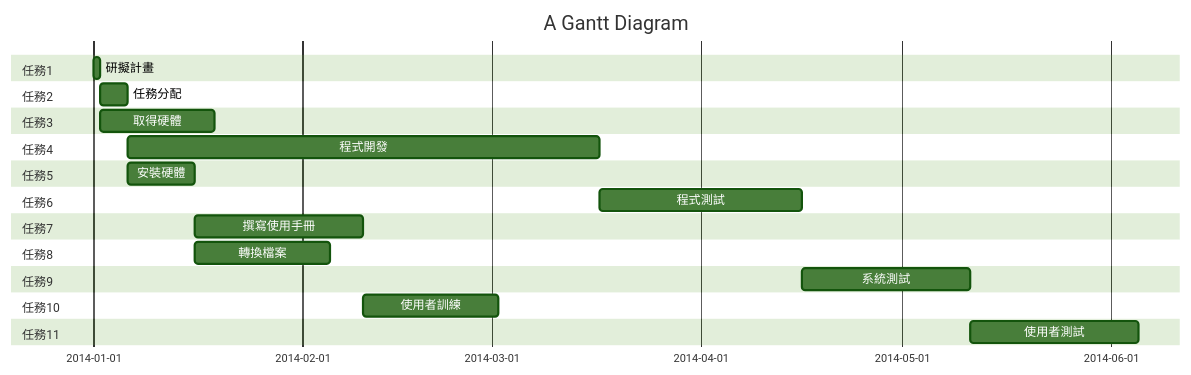
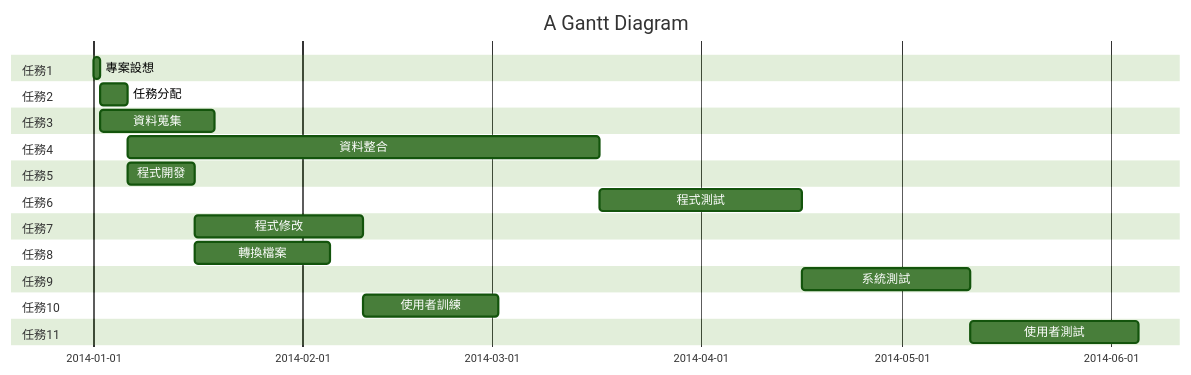
The diagram in hw2.md (yikun0117/23b1), drawn with Mermaid (forest theme) before and after one commit. The commit also changed other lines of this file, not shown here.

````diff
--- a/hw2.md
+++ b/hw2.md
@@ -2,27 +10,27 @@
 ```mermaid
 gantt
     title A Gantt Diagram
 
     section 任務1
-    研擬計畫       : a1 , 2014-01-01 , 1d
+    專案設想       : a1 , 2014-01-01 , 1d
     section 任務2
     任務分配       : a2 , after a1 , 4d
     section 任務3
-    取得硬體       : a3 , after a1 , 17d
+    資料蒐集       : a3 , after a1 , 17d
     section 任務4
-    程式開發       : a4 , after a2 , 70d
+    資料整合      : a4 , after a2 , 70d
     section 任務5
-    安裝硬體       : a5 , after a2 ,10d
+    程式開發      : a5 , after a2 ,10d
     section 任務6
     程式測試       : a6 , after a4 , 30d
     section 任務7
-    撰寫使用手冊   : a7 , after a5,25d
+    程式修改   : a7 , after a5,25d
     section 任務8
     轉換檔案       :a8 , after a5 , 20d
     section 任務9
     系統測試       : a9 , after a6 , 25d
     section 任務10
     使用者訓練     : a10 , after a7,20d
     section 任務11
     使用者測試     : a11 , after a9 , 25d
 ```
````
